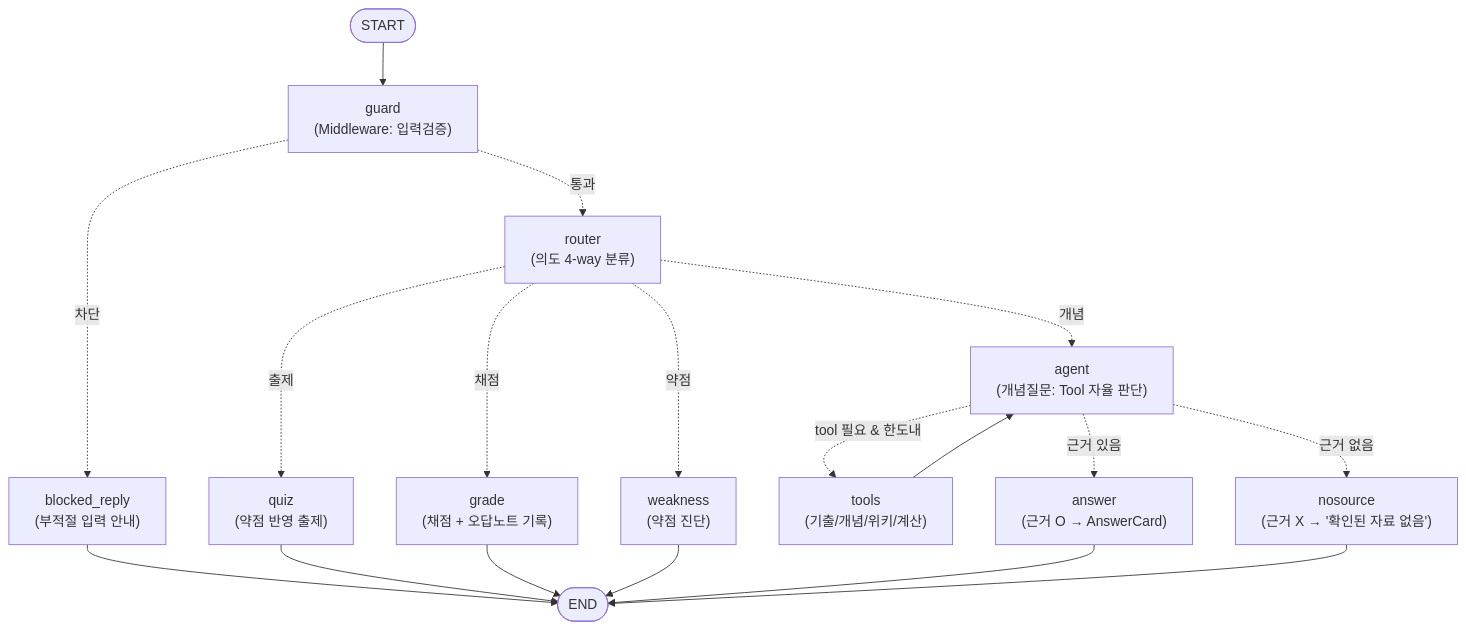
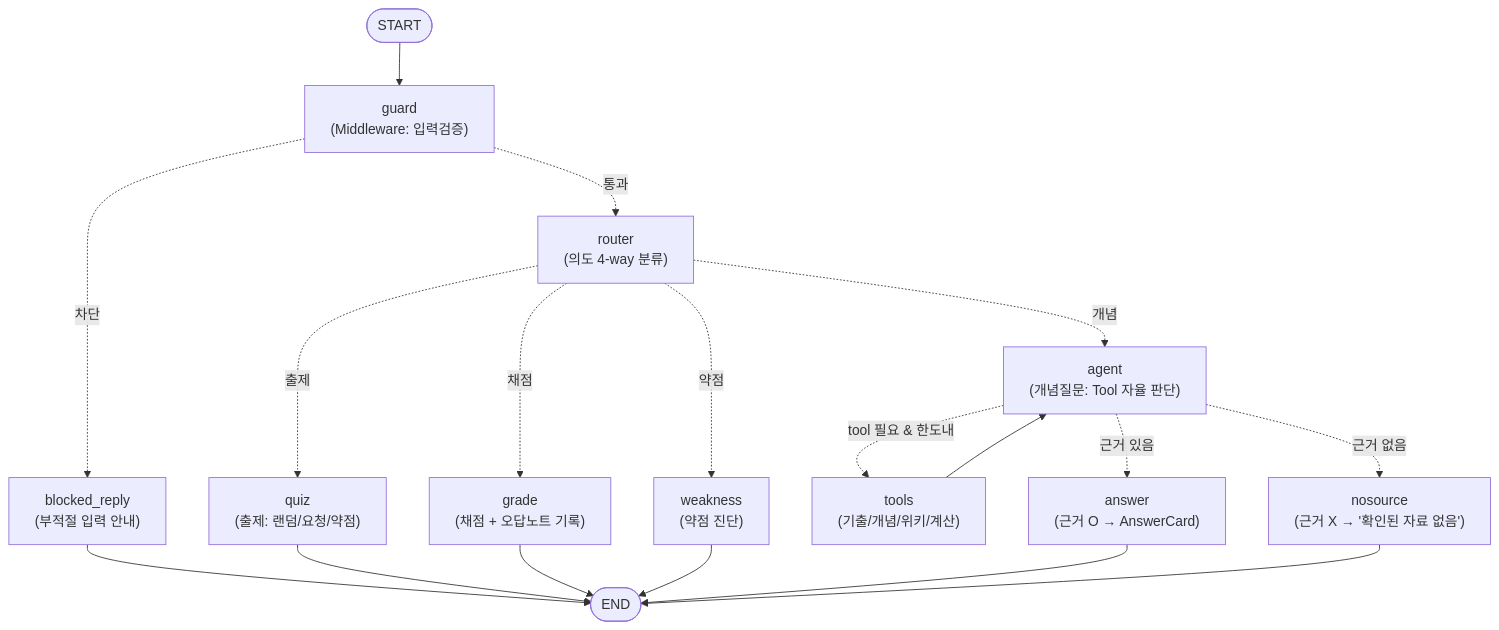
Before and after one commit to jihyunlee2023/AI_FinalProject: the diagram in README.md, drawn with Mermaid. The commit also changed 5 other files, not shown here.

````diff
--- a/README.md
+++ b/README.md
@@ -56,33 +56,33 @@
 ```mermaid
 graph TD;
     __start__([START]):::first
     guard["guard<br/>(Middleware: 입력검증)"]
     blocked_reply["blocked_reply<br/>(부적절 입력 안내)"]
     router["router<br/>(의도 4-way 분류)"]
-    quiz["quiz<br/>(약점 반영 출제)"]
+    quiz["quiz<br/>(출제: 랜덤/요청/약점)"]
     grade["grade<br/>(채점 + 오답노트 기록)"]
     weakness["weakness<br/>(약점 진단)"]
     agent["agent<br/>(개념질문: Tool 자율 판단)"]
     tools["tools<br/>(기출/개념/위키/계산)"]
     answer["answer<br/>(근거 O → AnswerCard)"]
     nosource["nosource<br/>(근거 X → '확인된 자료 없음')"]
     __end__([END]):::last
 
     __start__ --> guard;
     guard -. "차단" .-> blocked_reply;
     guard -. "통과" .-> router;
     router -. "출제" .-> quiz;
     router -. "채점" .-> grade;
     router -. "약점" .-> weakness;
     router -. "개념" .-> agent;
     agent -. "tool 필요 & 한도내" .-> tools;
     agent -. "근거 있음" .-> answer;
     agent -. "근거 없음" .-> nosource;
     tools --> agent;
     blocked_reply --> __end__;
     quiz --> __end__;
     grade --> __end__;
     weakness --> __end__;
     answer --> __end__;
     nosource --> __end__;
 ```
````
